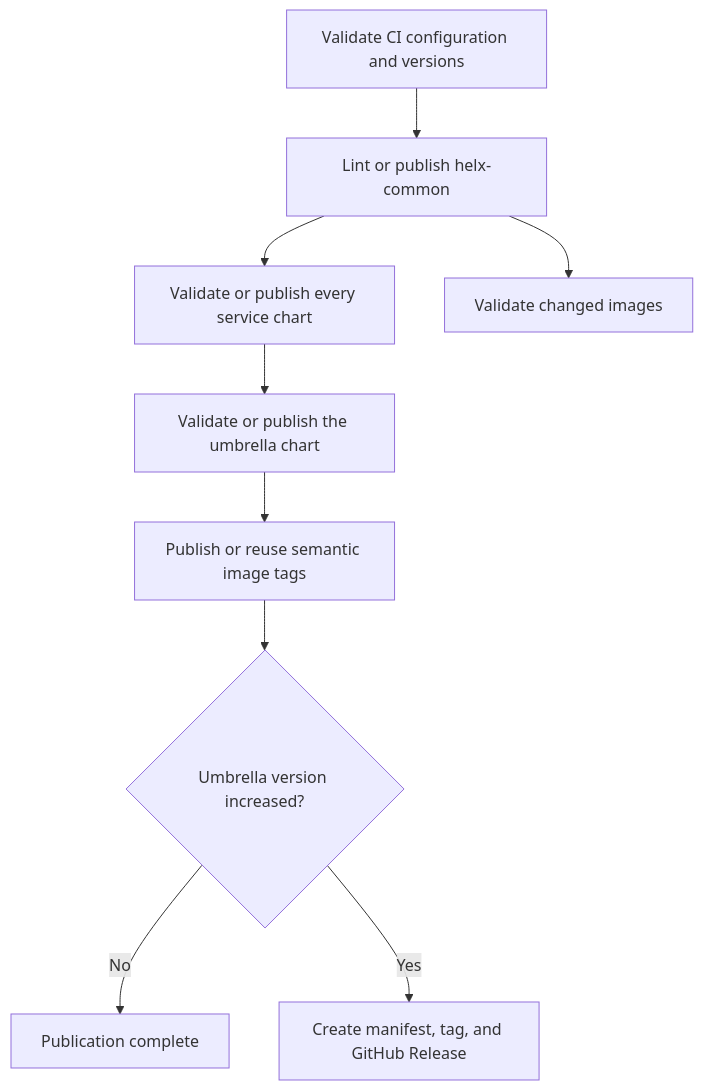
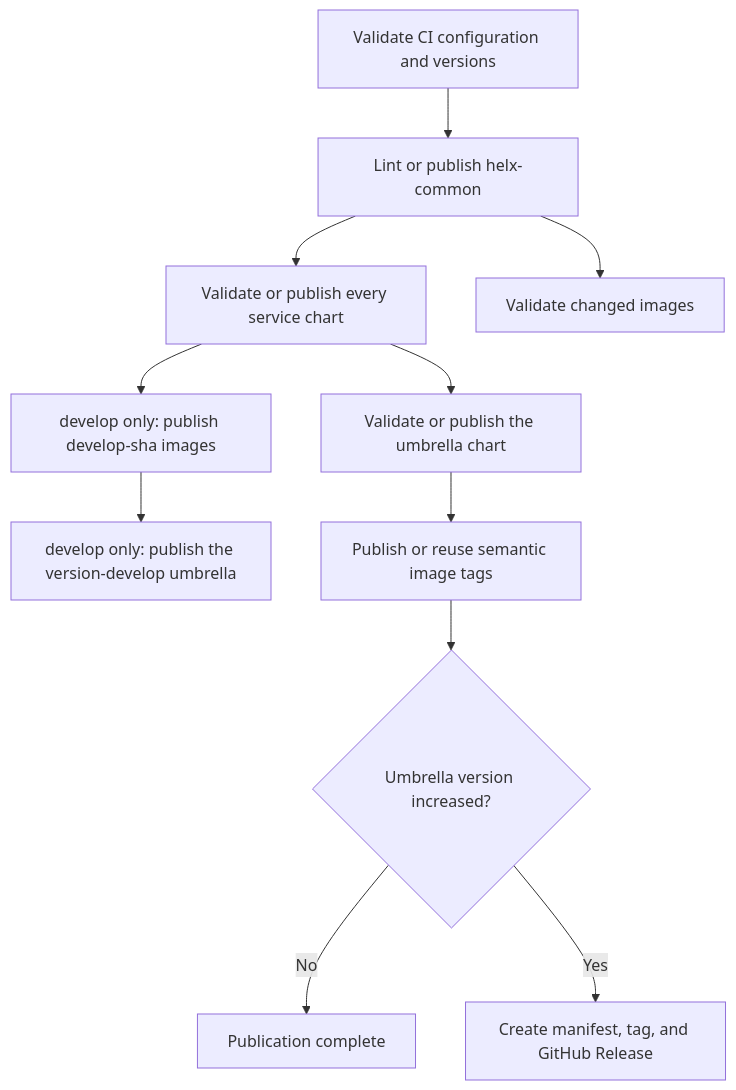
The diagram in .github/README.md (helxplatform/helx), drawn with Mermaid before and after one commit. The commit also changed other lines of this file and 9 other files, not shown here.

````diff
--- a/.github/README.md
+++ b/.github/README.md
@@ -16,11 +19,13 @@
 ```mermaid
 flowchart TD
     Test[Validate CI configuration and versions] --> Common[Lint or publish helx-common]
     Common --> Services[Validate or publish every service chart]
     Services --> Umbrella[Validate or publish the umbrella chart]
     Common --> Images[Validate changed images]
+    Services --> CandidateImages[develop only: publish develop-sha images]
+    CandidateImages --> Candidate[develop only: publish the version-develop umbrella]
     Umbrella --> ProductionImages[Publish or reuse semantic image tags]
     ProductionImages --> Decision{Umbrella version increased?}
     Decision -->|No| Done[Publication complete]
     Decision -->|Yes| Release[Create manifest, tag, and GitHub Release]
 ```
````
